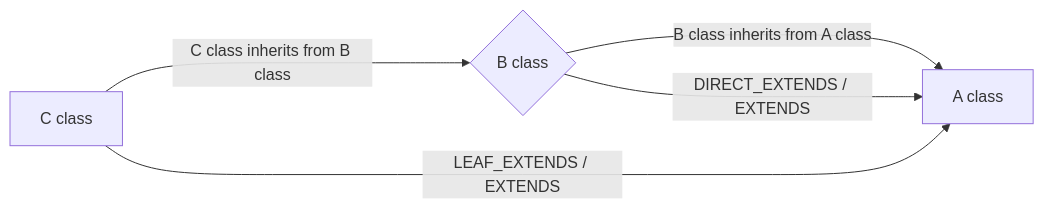
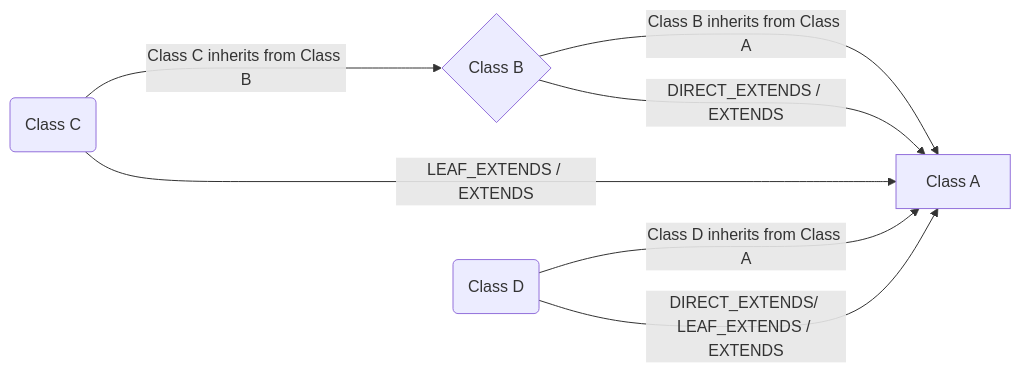
One commit to FlyJingFish/AndroidAOP changed the diagram in docs/AndroidAopCollectMethod.md. Above: the diagram before and after it, drawn with Mermaid. The commit also changed 7 other files, not shown here.

````diff
--- a/docs/AndroidAopCollectMethod.md
+++ b/docs/AndroidAopCollectMethod.md
@@ -45,7 +45,9 @@
 ``` mermaid
 graph LR
-C[C class] ---> |C class inherits from B class| B{ B class };
-B --->|B class inherits from A class| A[ A class];
-B --->|DIRECT_EXTENDS / EXTENDS| A[ A class];
-C ---->|LEAF_EXTENDS / EXTENDS| A[ A class];
+C(Class C) ---> |Class C inherits from Class B| B{Class B};
+B --->|Class B inherits from Class A| A[Class A];
+B --->|DIRECT_EXTENDS / EXTENDS| A;
+C ---->|LEAF_EXTENDS / EXTENDS| A;
+D(Class D) --->|Class D inherits from Class A| A;
+D --->|DIRECT_EXTENDS/ LEAF_EXTENDS / EXTENDS| A;
 ```
````
